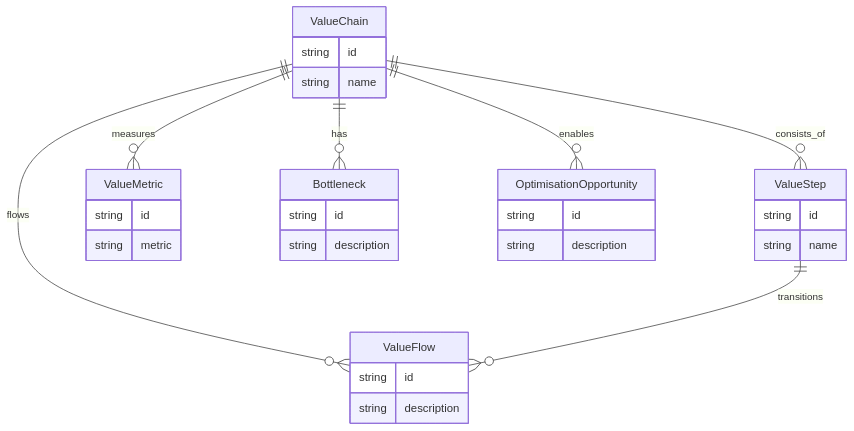
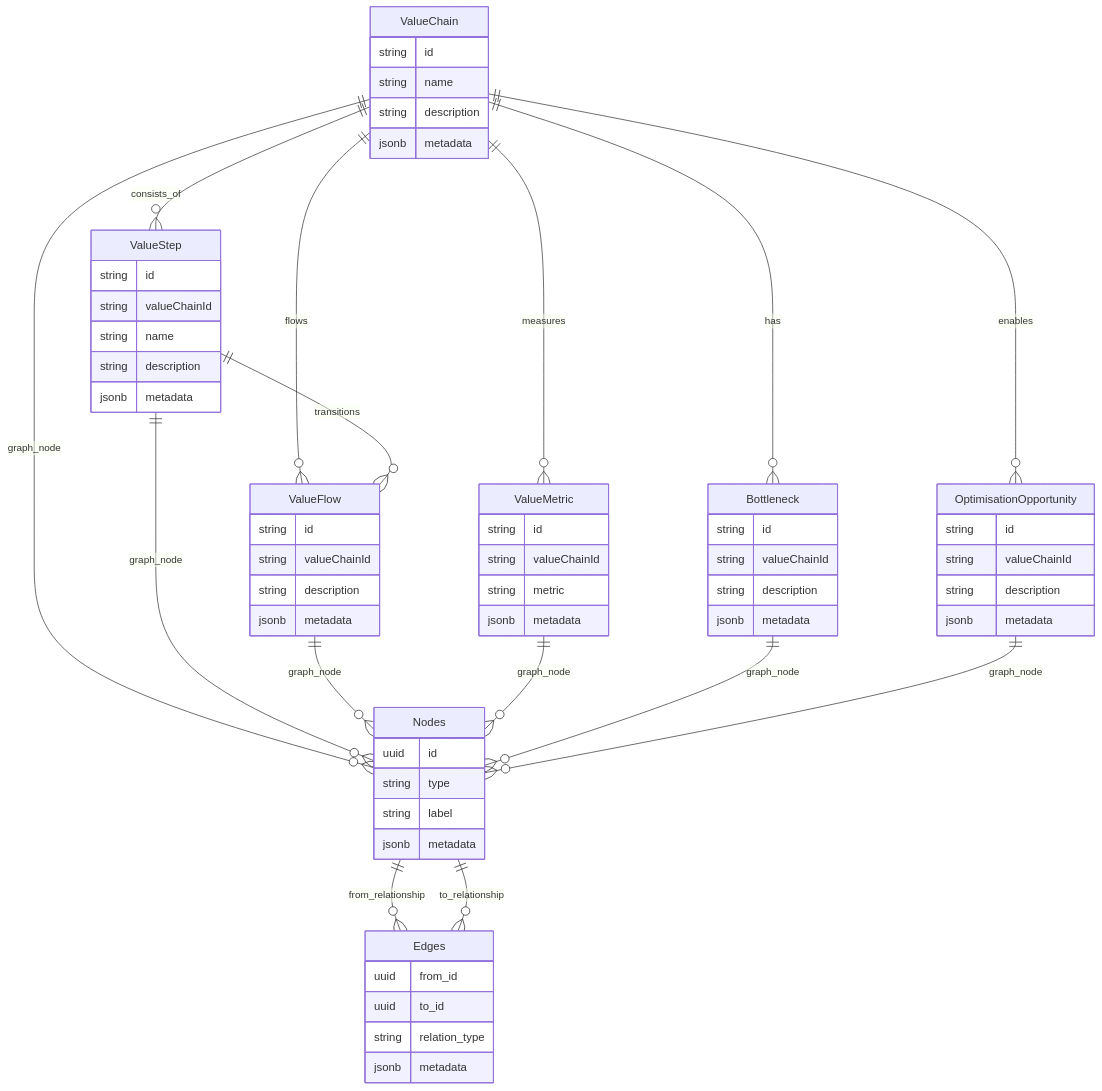
The fourth of 10 diagrams in docs/design/solution-architecture-design.md (Duds/capopt_platform), drawn with Mermaid before and after one commit. The commit also changed other lines of this file and 30 other files, not shown here.

First line of the commit message:
feat: implement graph relational architecture and enhance testing infrastructure

````diff
--- a/docs/design/solution-architecture-design.md
+++ b/docs/design/solution-architecture-design.md
@@ -249,33 +532,66 @@
 ```mermaid
 erDiagram
     ValueChain {
         string id
         string name
+        string description
+        jsonb metadata
     }
     ValueStep {
         string id
+        string valueChainId
         string name
+        string description
+        jsonb metadata
     }
     ValueFlow {
         string id
+        string valueChainId
         string description
+        jsonb metadata
     }
     ValueMetric {
         string id
+        string valueChainId
         string metric
+        jsonb metadata
     }
     Bottleneck {
         string id
+        string valueChainId
         string description
+        jsonb metadata
     }
     OptimisationOpportunity {
         string id
+        string valueChainId
         string description
+        jsonb metadata
+    }
+    Nodes {
+        uuid id
+        string type
+        string label
+        jsonb metadata
+    }
+    Edges {
+        uuid from_id
+        uuid to_id
+        string relation_type
+        jsonb metadata
     }
     ValueChain ||--o{ ValueStep : consists_of
     ValueChain ||--o{ ValueFlow : flows
     ValueChain ||--o{ ValueMetric : measures
     ValueChain ||--o{ Bottleneck : has
     ValueChain ||--o{ OptimisationOpportunity : enables
     ValueStep ||--o{ ValueFlow : transitions
+    ValueChain ||--o{ Nodes : graph_node
+    ValueStep ||--o{ Nodes : graph_node
+    ValueFlow ||--o{ Nodes : graph_node
+    ValueMetric ||--o{ Nodes : graph_node
+    Bottleneck ||--o{ Nodes : graph_node
+    OptimisationOpportunity ||--o{ Nodes : graph_node
+    Nodes ||--o{ Edges : from_relationship
+    Nodes ||--o{ Edges : to_relationship
 ```
````
